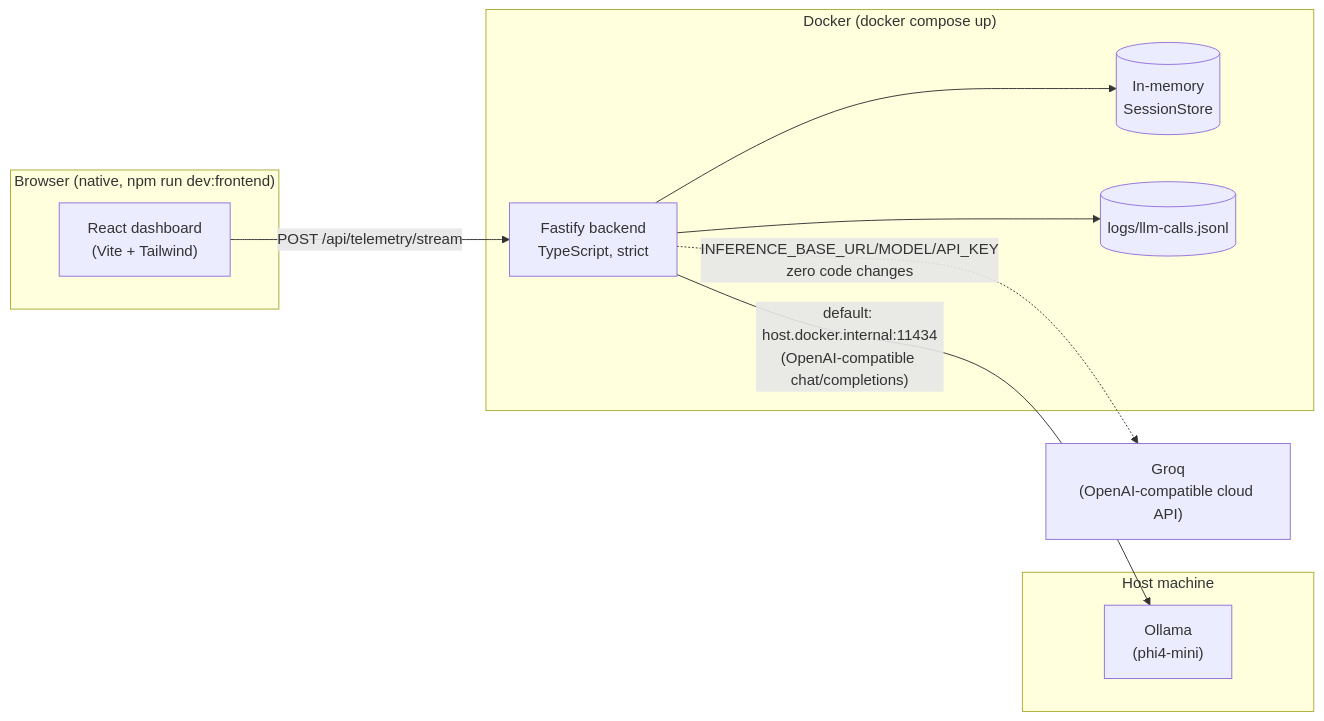
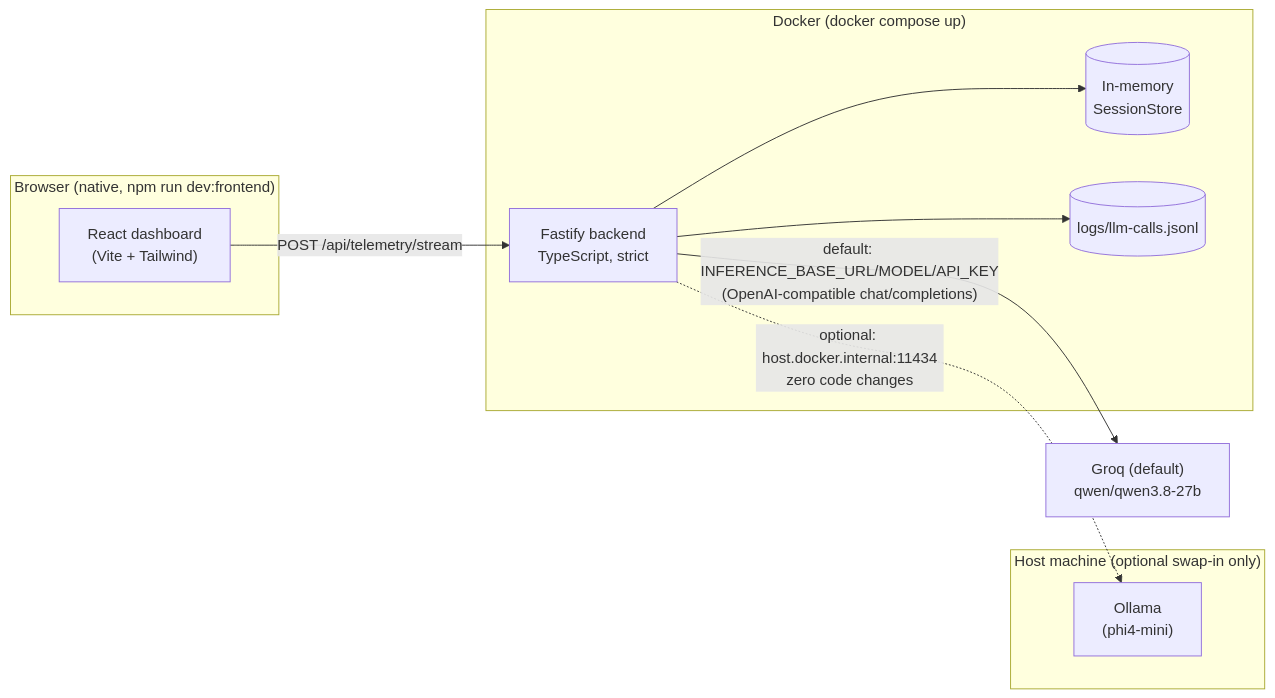
The diagram in ARCHITECTURE.md (0x66656c6978/echory-sentiment-intelligence-engine), drawn with Mermaid before and after one commit. The commit also changed other lines of this file and 10 other files, not shown here.

````diff
--- a/ARCHITECTURE.md
+++ b/ARCHITECTURE.md
@@ -16,24 +10,24 @@
 ```mermaid
 flowchart LR
     subgraph browser["Browser (native, npm run dev:frontend)"]
         FE["React dashboard\n(Vite + Tailwind)"]
     end
 
     subgraph docker["Docker (docker compose up)"]
         BE["Fastify backend\nTypeScript, strict"]
         Store[("In-memory\nSessionStore")]
         Log[("logs/llm-calls.jsonl")]
     end
 
-    subgraph host["Host machine"]
+    Cloud["Groq (default)\nqwen/qwen3.8-27b"]
+
+    subgraph host["Host machine (optional swap-in only)"]
         Ollama["Ollama\n(phi4-mini)"]
     end
 
-    Cloud["Groq\n(OpenAI-compatible cloud API)"]
-
     FE -- "POST /api/telemetry/stream" --> BE
-    BE -- "default: host.docker.internal:11434\n(OpenAI-compatible chat/completions)" --> Ollama
-    BE -. "INFERENCE_BASE_URL/MODEL/API_KEY\nzero code changes" .-> Cloud
+    BE -- "default: INFERENCE_BASE_URL/MODEL/API_KEY\n(OpenAI-compatible chat/completions)" --> Cloud
+    BE -. "optional: host.docker.internal:11434\nzero code changes" .-> Ollama
     BE --> Store
     BE --> Log
 ```
````
